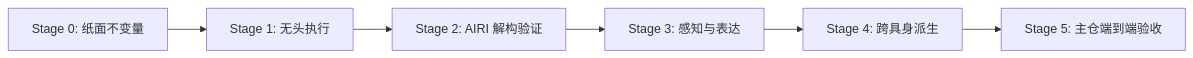
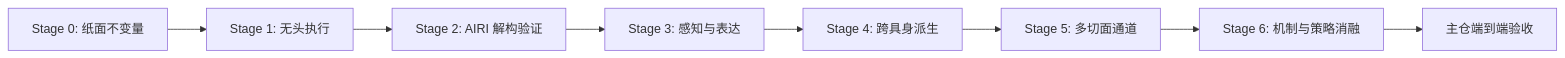
Before and after one commit to reina0721/ai0: the first of 2 diagrams in docs/architecture/08-product-validation-and-delivery-plan.md, drawn with Mermaid. The commit also changed other lines of this file and 212 other files, not shown here.

````diff
--- a/docs/architecture/08-product-validation-and-delivery-plan.md
+++ b/docs/architecture/08-product-validation-and-delivery-plan.md
@@ -5,8 +5,10 @@
 ```mermaid
 flowchart LR
     S0["Stage 0: 纸面不变量"] --> S1["Stage 1: 无头执行"]
     S1 --> S2["Stage 2: AIRI 解构验证"]
     S2 --> S3["Stage 3: 感知与表达"]
     S3 --> S4["Stage 4: 跨具身派生"]
-    S4 --> S5["Stage 5: 主仓端到端验收"]
+    S4 --> S5["Stage 5: 多切面通道"]
+    S5 --> S6["Stage 6: 机制与策略消融"]
+    S6 --> V1["主仓端到端验收"]
 ```
````
